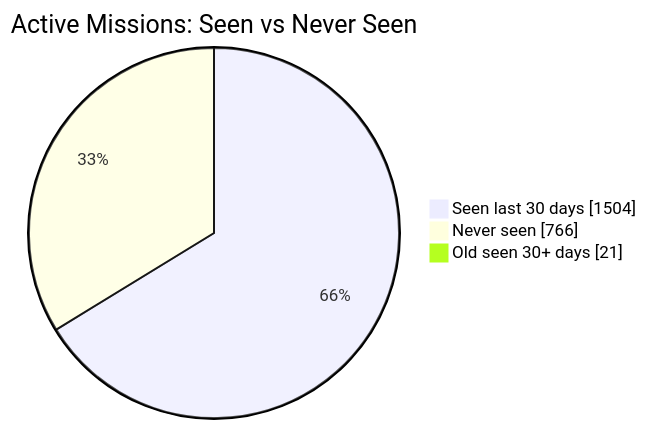
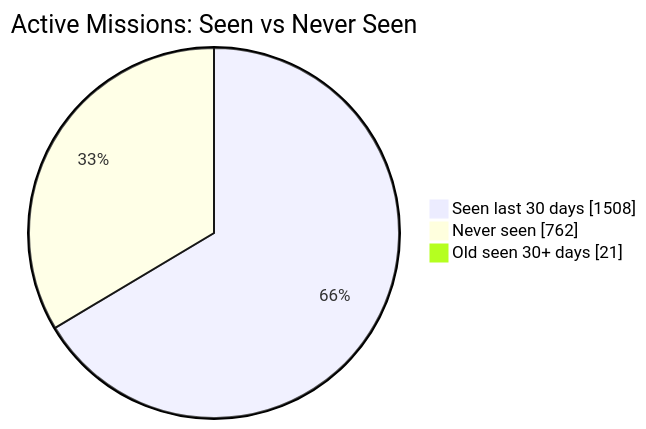
The first of 2 diagrams in README.md (MeldkamerspelGameTeam/active-missions), drawn with Mermaid before and after one commit. The commit also changed other lines of this file and 2 other files, not shown here.

````diff
--- a/README.md
+++ b/README.md
@@ -34,7 +34,7 @@
 ```mermaid
 pie showData
     title Active Missions: Seen vs Never Seen
-    "Seen last 30 days" : 1504
-    "Never seen" : 766
+    "Seen last 30 days" : 1508
+    "Never seen" : 762
     "Old seen 30+ days" : 21
 ```
````
